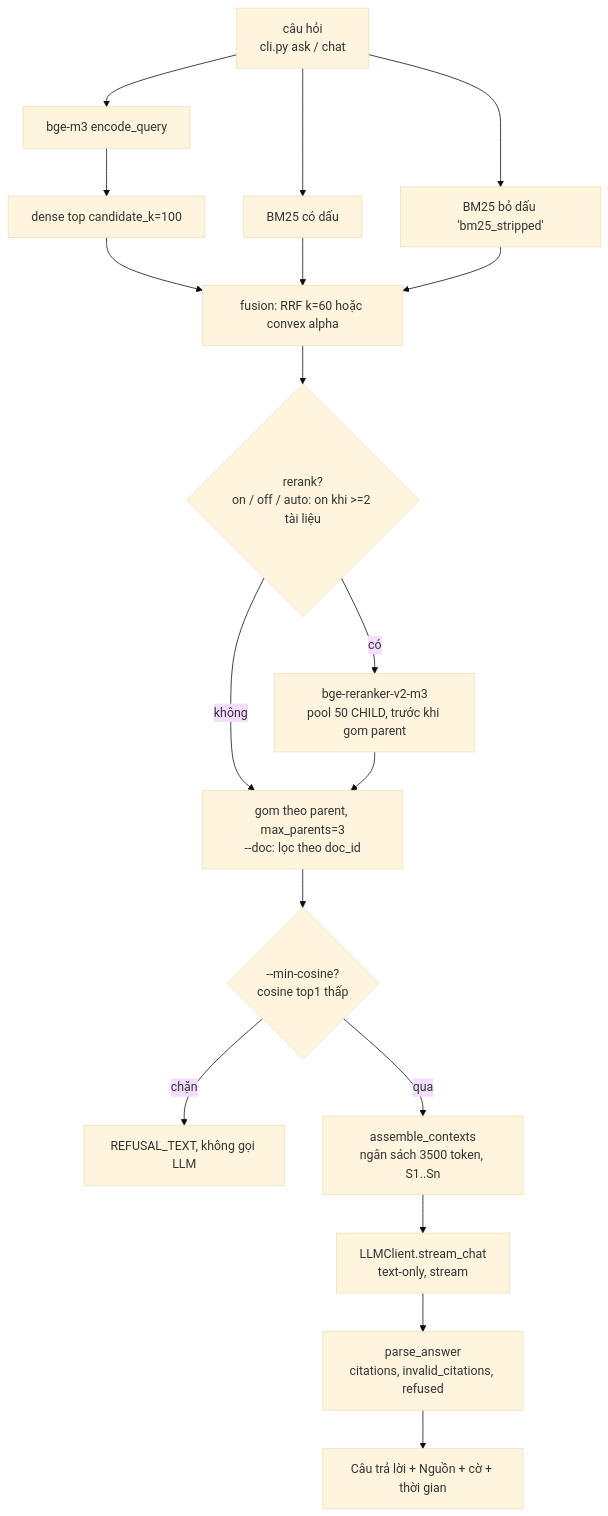
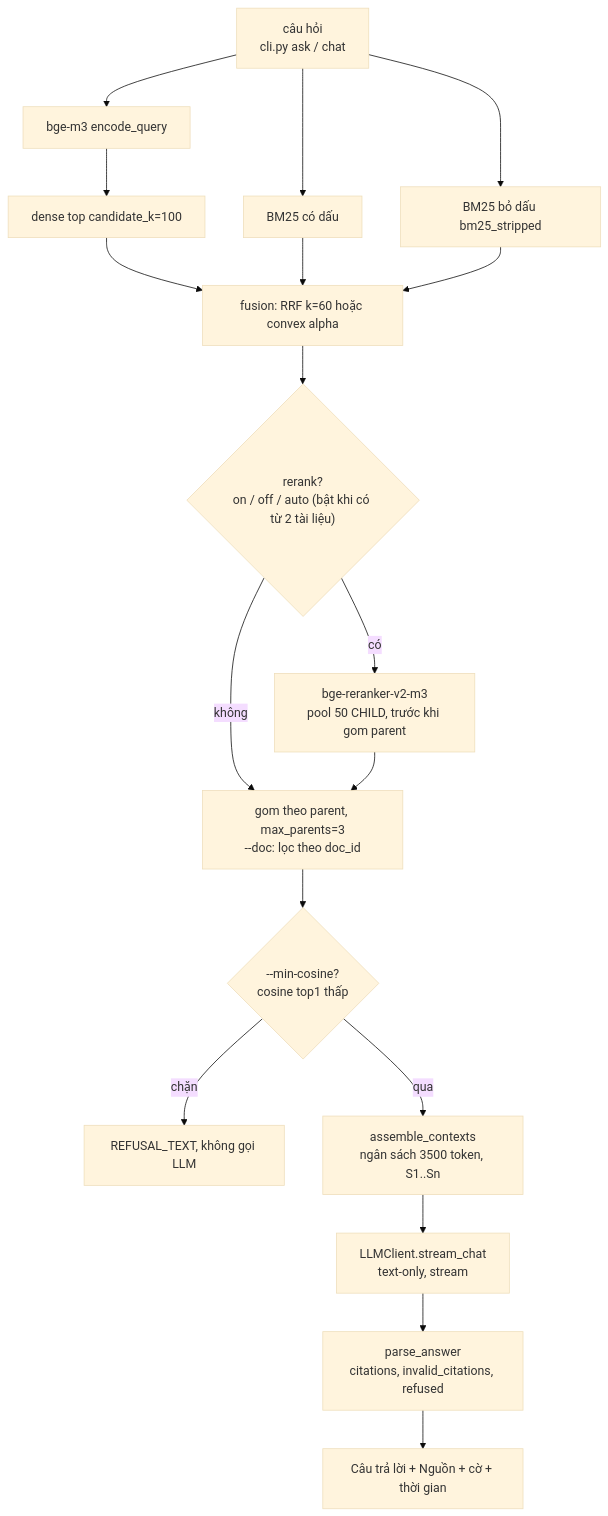
One commit to DinhIchMinhHoang/RAG_official changed the third of 3 diagrams in RAG/docs/REFACTOR_REPORT.md. Above: the diagram before and after it, drawn with Mermaid (base theme). The commit also changed other lines of this file, not shown here.

Commit message:
docs: fix mermaid syntax in refactor report

````diff
--- a/RAG/docs/REFACTOR_REPORT.md
+++ b/RAG/docs/REFACTOR_REPORT.md
@@ -99,20 +100,20 @@
 ```mermaid
 flowchart TD
-    Q[câu hỏi<br/>cli.py ask / chat] --> E[bge-m3 encode_query]
-    E --> D[dense top candidate_k=100]
-    Q --> B1[BM25 có dấu]
-    Q --> B2[BM25 bỏ dấu 'bm25_stripped']
-    D --> FU[fusion: RRF k=60 hoặc convex alpha]
+    Q["câu hỏi<br/>cli.py ask / chat"] --> E["bge-m3 encode_query"]
+    E --> D["dense top candidate_k=100"]
+    Q --> B1["BM25 có dấu"]
+    Q --> B2["BM25 bỏ dấu bm25_stripped"]
+    D --> FU["fusion: RRF k=60 hoặc convex alpha"]
     B1 --> FU
     B2 --> FU
-    FU --> RR{rerank?<br/>on / off / auto: on khi >=2 tài liệu}
-    RR -- có --> RK[bge-reranker-v2-m3<br/>pool 50 CHILD, trước khi gom parent]
-    RR -- không --> GP
-    RK --> GP[gom theo parent, max_parents=3<br/>--doc: lọc theo doc_id]
-    GP --> GT{--min-cosine?<br/>cosine top1 thấp}
-    GT -- chặn --> RF[REFUSAL_TEXT, không gọi LLM]
-    GT -- qua --> AC[assemble_contexts<br/>ngân sách 3500 token, S1..Sn]
-    AC --> LL[LLMClient.stream_chat<br/>text-only, stream]
-    LL --> PA[parse_answer<br/>citations, invalid_citations, refused]
-    PA --> OUT[Câu trả lời + Nguồn + cờ + thời gian]
+    FU --> RR{"rerank?<br/>on / off / auto (bật khi có từ 2 tài liệu)"}
+    RR -->|có| RK["bge-reranker-v2-m3<br/>pool 50 CHILD, trước khi gom parent"]
+    RR -->|không| GP
+    RK --> GP["gom theo parent, max_parents=3<br/>--doc: lọc theo doc_id"]
+    GP --> GT{"--min-cosine?<br/>cosine top1 thấp"}
+    GT -->|chặn| RF["REFUSAL_TEXT, không gọi LLM"]
+    GT -->|qua| AC["assemble_contexts<br/>ngân sách 3500 token, S1..Sn"]
+    AC --> LL["LLMClient.stream_chat<br/>text-only, stream"]
+    LL --> PA["parse_answer<br/>citations, invalid_citations, refused"]
+    PA --> OUT["Câu trả lời + Nguồn + cờ + thời gian"]
 ```
````
